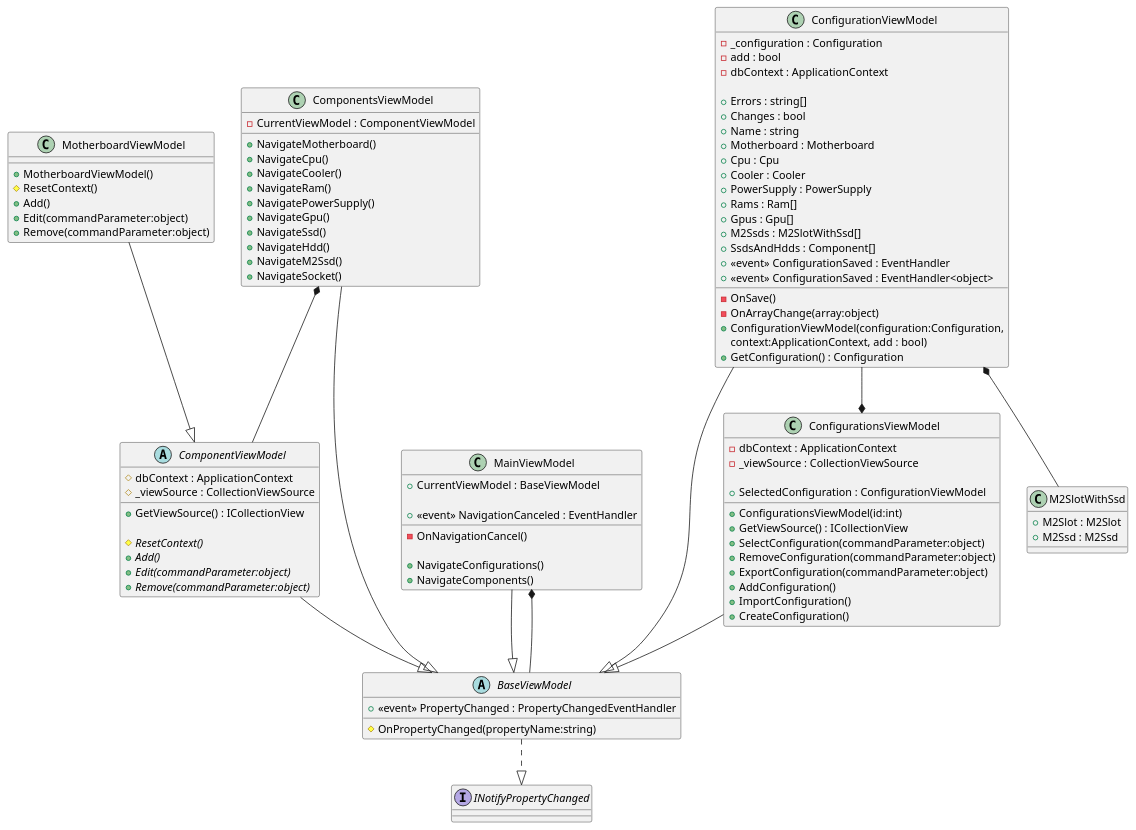
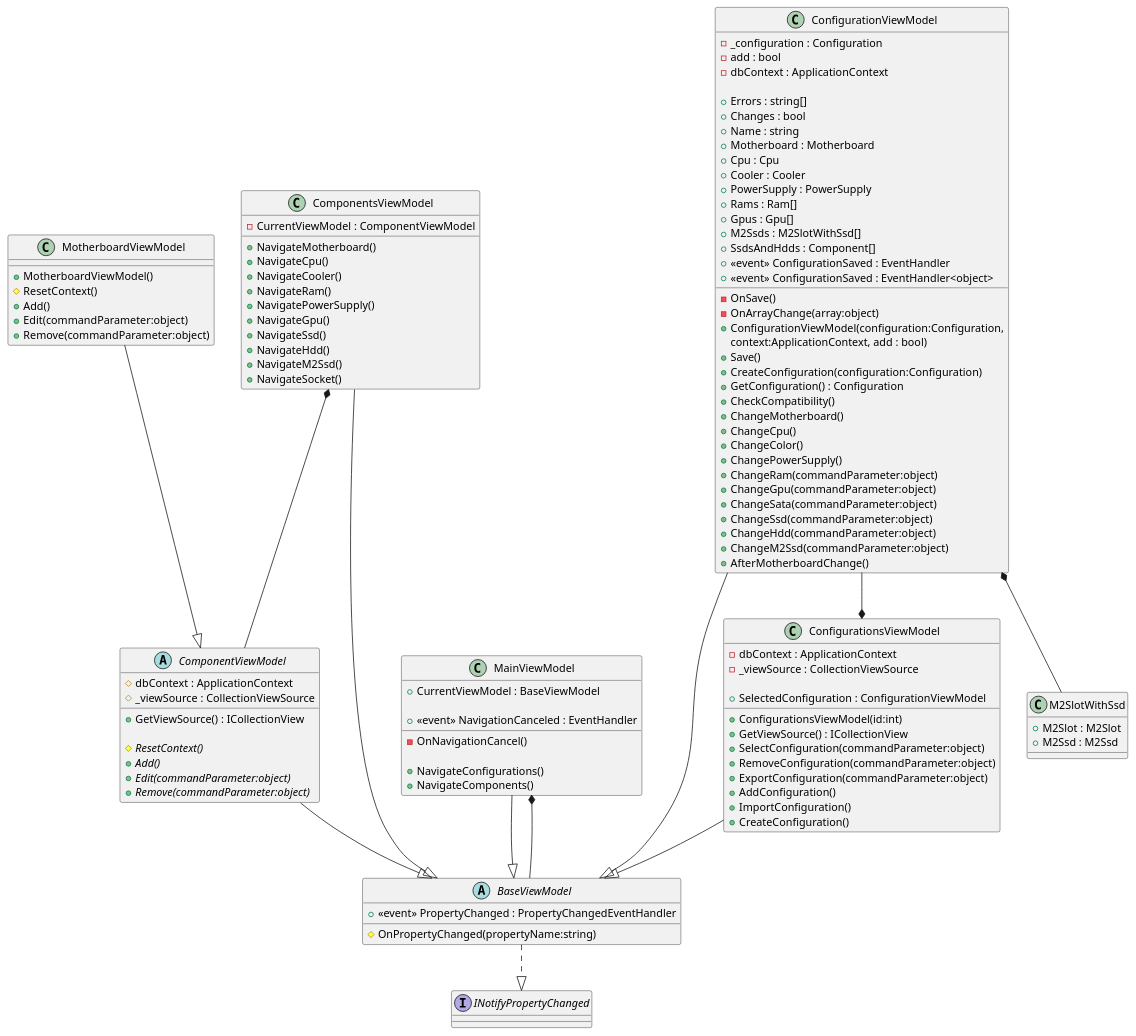
Before and after one commit to son1k9/PCConfigurator: the diagram in PCConfigurator/Diagrams/Class diagram(viewmodel).wsd, drawn with PlantUML. The commit also changed 1 other file, not shown here.

```diff
--- a/PCConfigurator/Diagrams/Class diagram(viewmodel).wsd
+++ b/PCConfigurator/Diagrams/Class diagram(viewmodel).wsd
@@ -1,118 +1,131 @@
 @startuml Class diagram ViewModel
 
 interface INotifyPropertyChanged
 
 BaseViewModel ..|> INotifyPropertyChanged
 abstract class BaseViewModel{
     + <<event>> PropertyChanged : PropertyChangedEventHandler
 
     # OnPropertyChanged(propertyName:string)
 }
 
 ComponentViewModel --|> BaseViewModel
 abstract class ComponentViewModel{
     # dbContext : ApplicationContext
     # _viewSource : CollectionViewSource
     
     + GetViewSource() : ICollectionView
 
     {abstract} # ResetContext()
     {abstract} + Add()
     {abstract} + Edit(commandParameter:object)
     {abstract} + Remove(commandParameter:object)
 }
 
 MotherboardViewModel --|> ComponentViewModel
 class MotherboardViewModel{
     + MotherboardViewModel()
     # ResetContext()
     + Add()
     + Edit(commandParameter:object)
     + Remove(commandParameter:object)
 }
 
 MainViewModel --|> BaseViewModel
 MainViewModel *-- BaseViewModel
 class MainViewModel{
     + CurrentViewModel : BaseViewModel
 
     + <<event>> NavigationCanceled : EventHandler
 
     - OnNavigationCancel()
 
     + NavigateConfigurations()
     + NavigateComponents()
 
 }
 
 ConfigurationsViewModel --|> BaseViewModel
 class ConfigurationsViewModel{
     - dbContext : ApplicationContext
     - _viewSource : CollectionViewSource
 
     + SelectedConfiguration : ConfigurationViewModel
 
     + ConfigurationsViewModel(id:int)
     + GetViewSource() : ICollectionView
     + SelectConfiguration(commandParameter:object)
     + RemoveConfiguration(commandParameter:object)
     + ExportConfiguration(commandParameter:object)
     + AddConfiguration()
     + ImportConfiguration()
     + CreateConfiguration()
 }
 
 ConfigurationViewModel --* ConfigurationsViewModel
 ConfigurationViewModel --|> BaseViewModel
 ConfigurationViewModel *-- M2SlotWithSsd
 class ConfigurationViewModel{
     - _configuration : Configuration
     - add : bool
     - dbContext : ApplicationContext
 
     + Errors : string[]
     + Changes : bool
     + Name : string
     + Motherboard : Motherboard
     + Cpu : Cpu
     + Cooler : Cooler
     + PowerSupply : PowerSupply
     + Rams : Ram[]
     + Gpus : Gpu[]
     + M2Ssds : M2SlotWithSsd[]
     + SsdsAndHdds : Component[]
     + <<event>> ConfigurationSaved : EventHandler
     + <<event>> ConfigurationSaved : EventHandler<object>
 
     - OnSave()
     - OnArrayChange(array:object)
     + ConfigurationViewModel(configuration:Configuration, 
     context:ApplicationContext, add : bool)
+    + Save()
+    + CreateConfiguration(configuration:Configuration)
     + GetConfiguration() : Configuration
-    
+    + CheckCompatibility()
+    + ChangeMotherboard()
+    + ChangeCpu()
+    + ChangeColor()
+    + ChangePowerSupply()
+    + ChangeRam(commandParameter:object)
+    + ChangeGpu(commandParameter:object)
+    + ChangeSata(commandParameter:object)
+    + ChangeSsd(commandParameter:object)
+    + ChangeHdd(commandParameter:object)
+    + ChangeM2Ssd(commandParameter:object)
+    + AfterMotherboardChange()
+}
 
-}
 
 class M2SlotWithSsd{
     + M2Slot : M2Slot
     + M2Ssd : M2Ssd
 }
 
 ComponentsViewModel *-- ComponentViewModel
 ComponentsViewModel --|> BaseViewModel
 class ComponentsViewModel{
     - CurrentViewModel : ComponentViewModel
 
     + NavigateMotherboard()
     + NavigateCpu()
     + NavigateCooler()
     + NavigateRam()
     + NavigatePowerSupply()
     + NavigateGpu()
     + NavigateSsd()
     + NavigateHdd()
     + NavigateM2Ssd()
     + NavigateSocket()
 }
 
 @enduml
```
